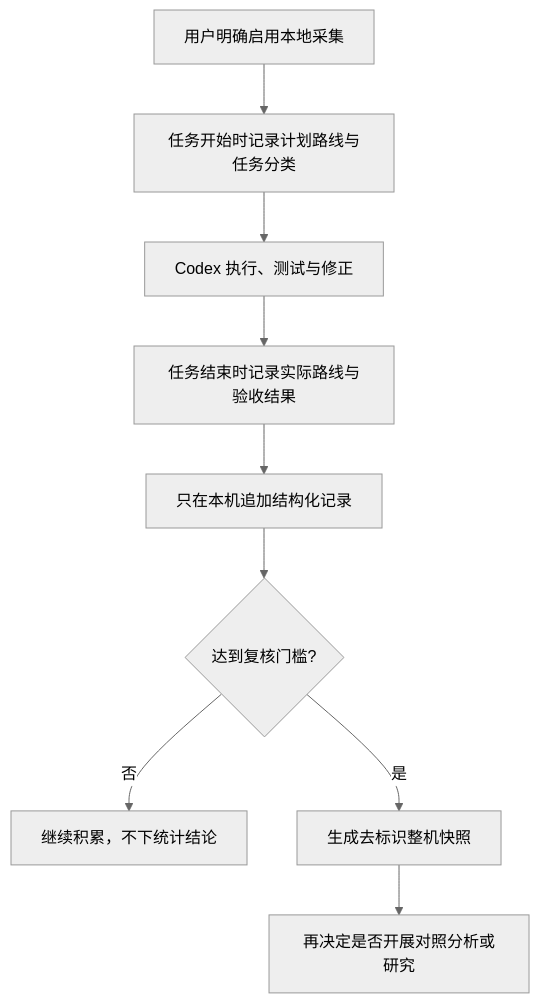
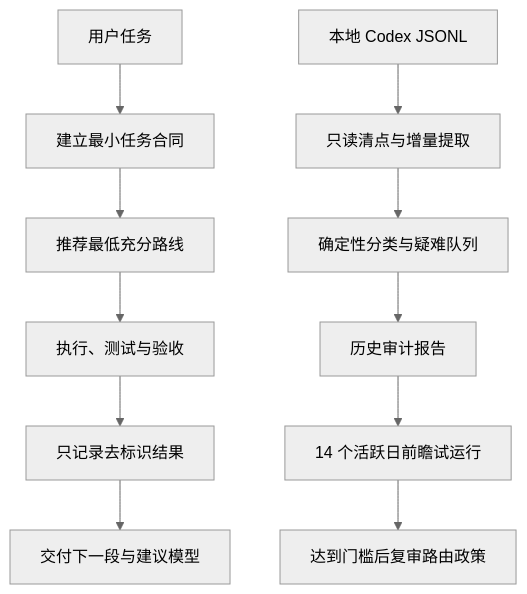
One commit to AIALRA-0/model-effort-router changed the diagram in README.md. Above: the diagram before and after it, drawn with Mermaid (neutral theme). The commit also changed other lines of this file and 16 other files, not shown here.

````diff
--- a/README.md
+++ b/README.md
@@ -25,11 +32,13 @@
 ```mermaid
 flowchart TD
-    A[用户明确启用本地采集] --> B[任务开始时记录计划路线与任务分类]
-    B --> C[Codex 执行、测试与修正]
-    C --> D[任务结束时记录实际路线与验收结果]
-    D --> E[只在本机追加结构化记录]
-    E --> F{达到复核门槛?}
-    F -- 否 --> G[继续积累，不下统计结论]
-    F -- 是 --> H[生成去标识整机快照]
-    H --> I[再决定是否开展对照分析或研究]
+    A[用户任务] --> B[建立最小任务合同]
+    B --> C[推荐最低充分路线]
+    C --> D[执行、测试与验收]
+    D --> E[只记录去标识结果]
+    E --> F[交付下一段与建议模型]
+    G[本地 Codex JSONL] --> H[只读清点与增量提取]
+    H --> I[确定性分类与疑难队列]
+    I --> J[历史审计报告]
+    J --> K[14 个活跃日前瞻试运行]
+    K --> L[达到门槛后复审路由政策]
 ```
````
